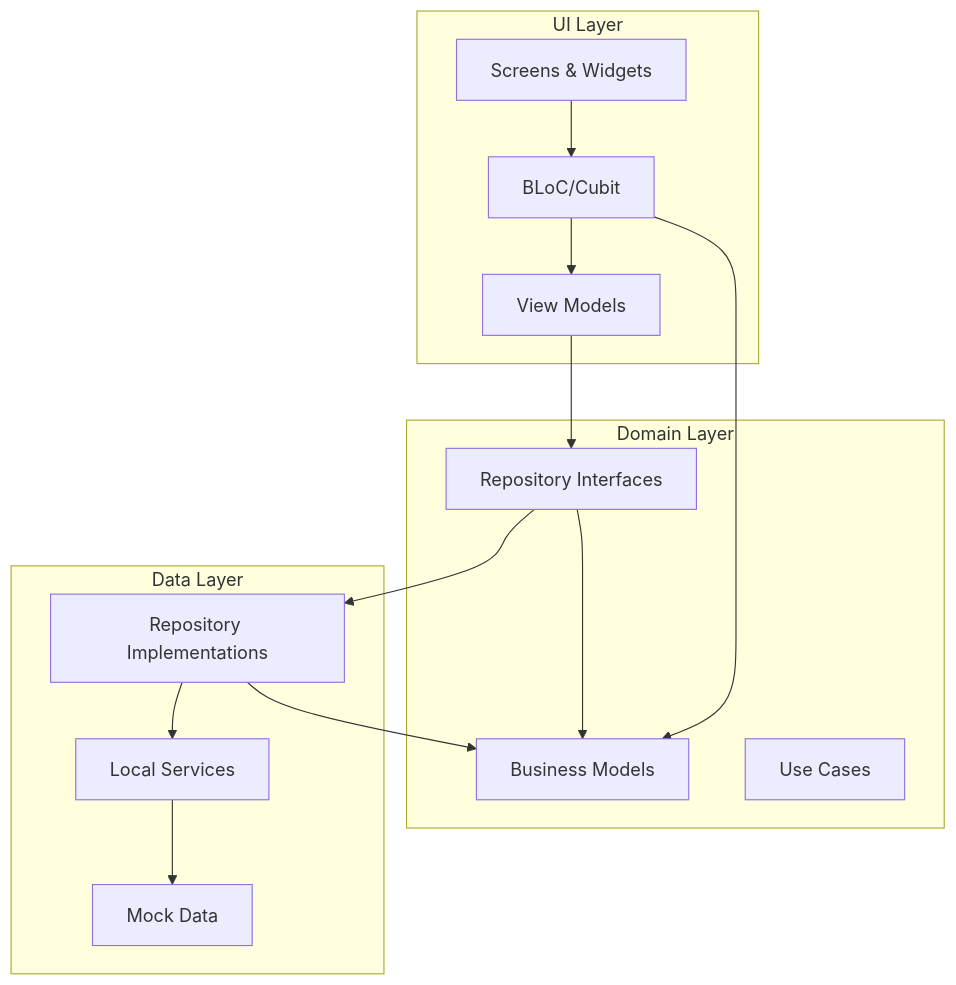
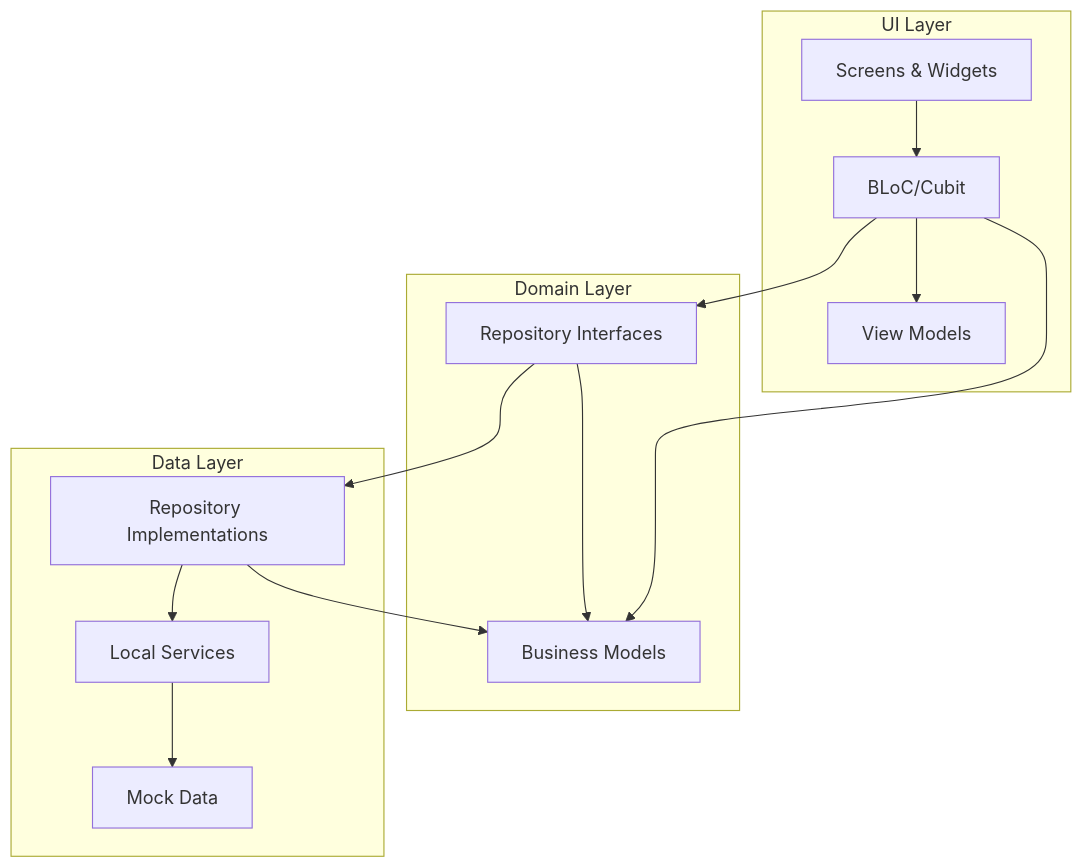
One commit to peerasak-u/taskcy changed the first of 2 diagrams in README.md. Above: the diagram before and after it, drawn with Mermaid. The commit also changed other lines of this file, not shown here.

````diff
--- a/README.md
+++ b/README.md
@@ -30,31 +26,30 @@
 ```mermaid
 graph TB
     subgraph "UI Layer"
         A[Screens & Widgets]
         B[BLoC/Cubit]
         C[View Models]
     end
     
     subgraph "Domain Layer"
         D[Business Models]
         E[Repository Interfaces]
-        F[Use Cases]
     end
     
     subgraph "Data Layer"
         G[Repository Implementations]
         H[Local Services]
         I[Mock Data]
     end
     
     A --> B
     B --> C
-    C --> E
+    B --> E
     E --> G
     G --> H
     H --> I
     
     B --> D
     E --> D
     G --> D
 ```
````
